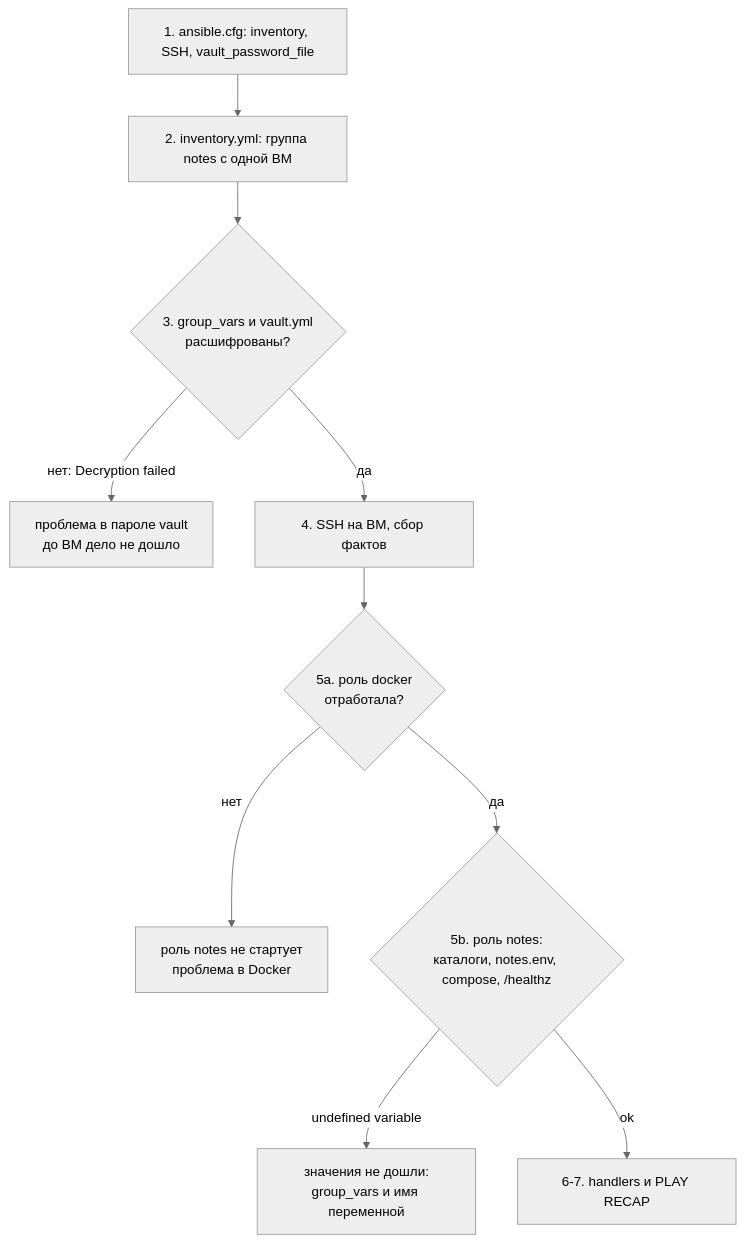
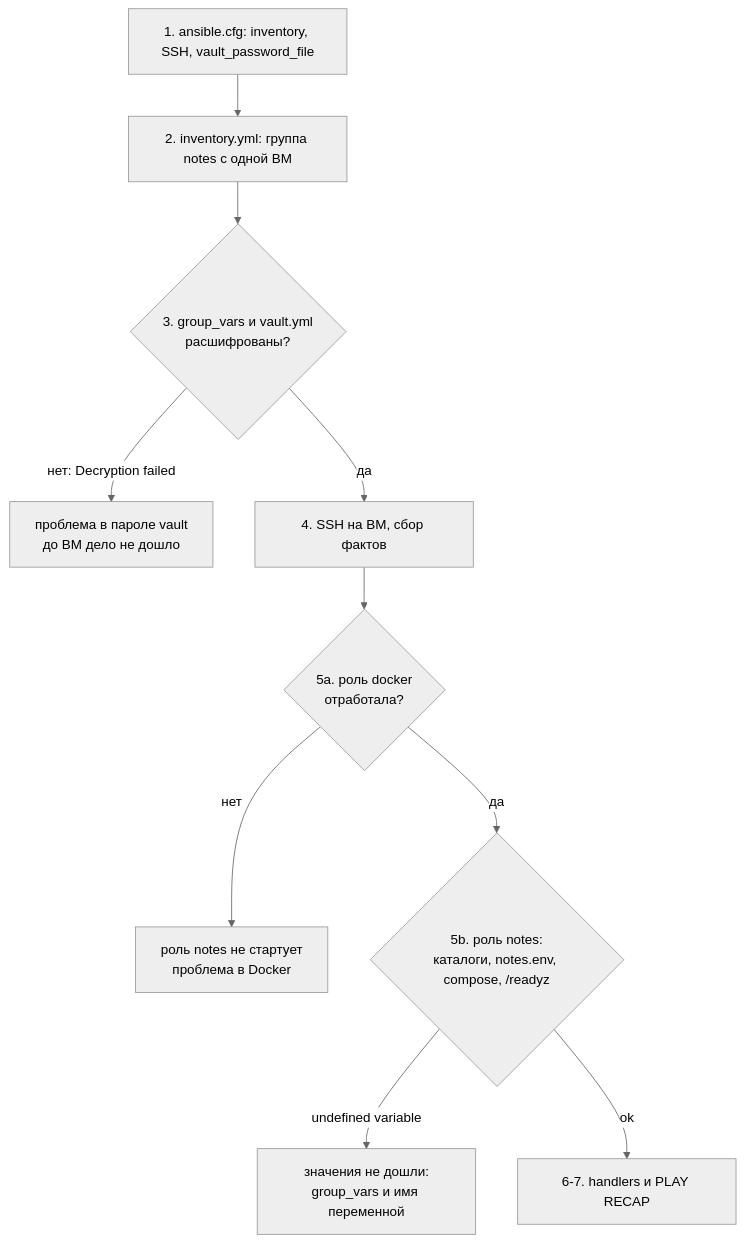
One commit to distinguished-sre/learning changed the fourth of 4 diagrams in devops/07-iac/06-ansible-roles.md. Above: the diagram before and after it, drawn with Mermaid (neutral theme). The commit also changed other lines of this file and 462 other files, not shown here.

````diff
--- a/devops/07-iac/06-ansible-roles.md
+++ b/devops/07-iac/06-ansible-roles.md
@@ -516,12 +428,12 @@
 ```mermaid
 flowchart TD
     A["1. ansible.cfg: inventory, SSH, vault_password_file"] --> B["2. inventory.yml: группа notes с одной ВМ"]
     B --> C{"3. group_vars и vault.yml<br>расшифрованы?"}
     C -->|"нет: Decryption failed"| X1["проблема в пароле vault<br>до ВМ дело не дошло"]
     C -->|"да"| D["4. SSH на ВМ, сбор фактов"]
     D --> E{"5a. роль docker<br>отработала?"}
     E -->|"нет"| X2["роль notes не стартует<br>проблема в Docker"]
-    E -->|"да"| F{"5b. роль notes:<br>каталоги, notes.env, compose, /healthz"}
+    E -->|"да"| F{"5b. роль notes:<br>каталоги, notes.env, compose, /readyz"}
     F -->|"undefined variable"| X3["значения не дошли:<br>group_vars и имя переменной"]
     F -->|"ok"| G["6-7. handlers и PLAY RECAP"]
 ```
````
